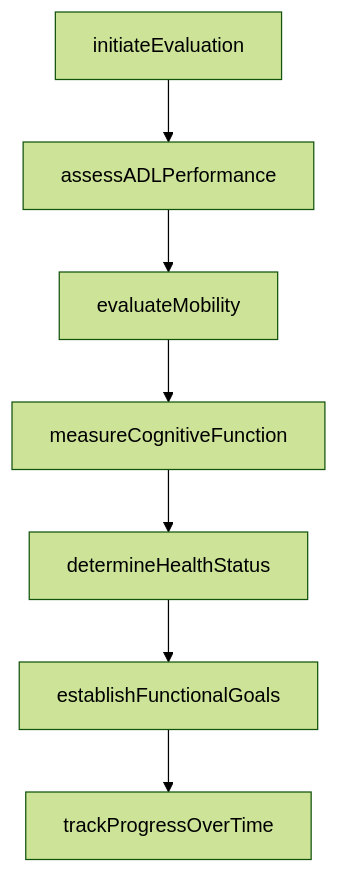
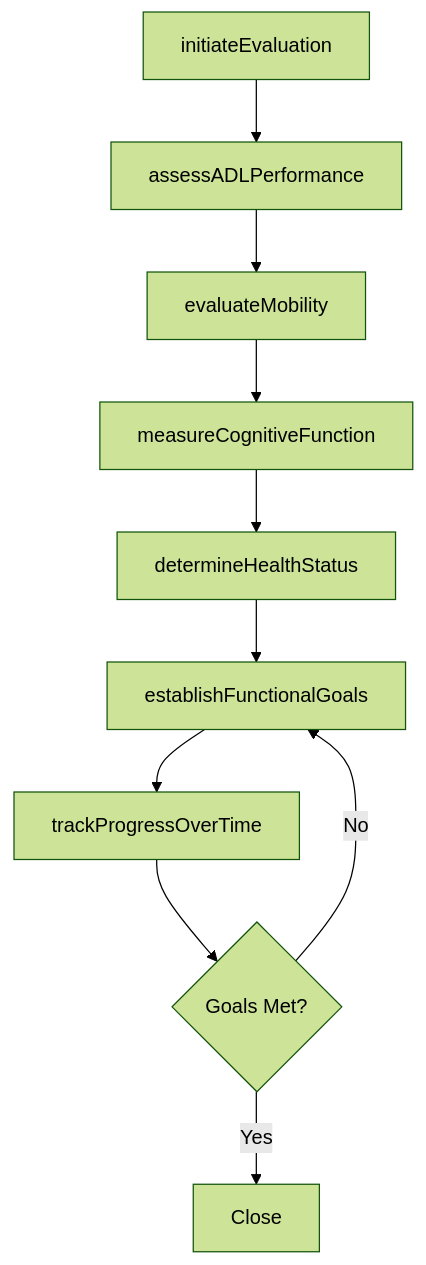
One commit to dot-org-ai/tasks.org.ai changed the third of 4 diagrams in JudgingTheQualitiesOfObjectsServicesOrPeople/EvaluatePatientOrClientConditionOrTreatmentOptions/EvaluatePatientFunctioningCapabilitiesHealth.mdx. Above: the diagram before and after it, drawn with Mermaid (forest theme). The commit also changed other lines of this file and 266 other files, not shown here.

First line of the commit message:
feat: Add ER diagrams, state diagrams to wave 2 batch (251 DWA files)

````diff
--- a/JudgingTheQualitiesOfObjectsServicesOrPeople/EvaluatePatientOrClientConditionOrTreatmentOptions/EvaluatePatientFunctioningCapabilitiesHealth.mdx
+++ b/JudgingTheQualitiesOfObjectsServicesOrPeople/EvaluatePatientOrClientConditionOrTreatmentOptions/EvaluatePatientFunctioningCapabilitiesHealth.mdx
@@ -87,9 +114,12 @@
 ```mermaid
 graph TD
     A[initiateEvaluation] --> B[assessADLPerformance]
     B --> C[evaluateMobility]
     C --> D[measureCognitiveFunction]
     D --> E[determineHealthStatus]
     E --> F[establishFunctionalGoals]
     F --> G[trackProgressOverTime]
+    G --> H{Goals Met?}
+    H -->|No| F
+    H -->|Yes| I[Close]
 ```
````
